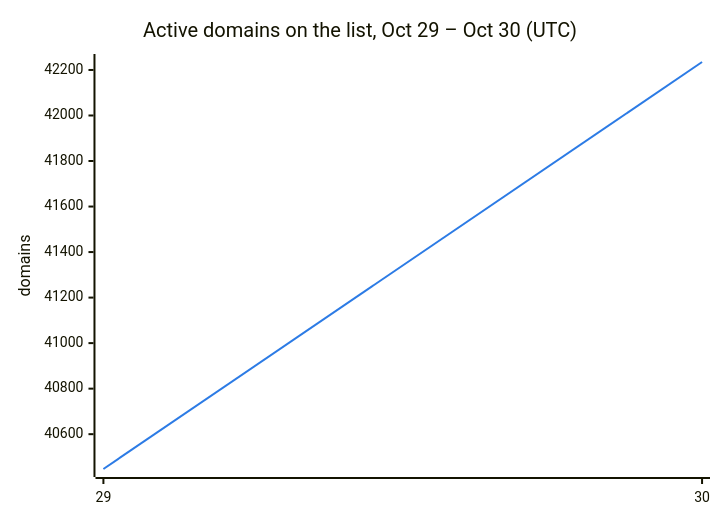
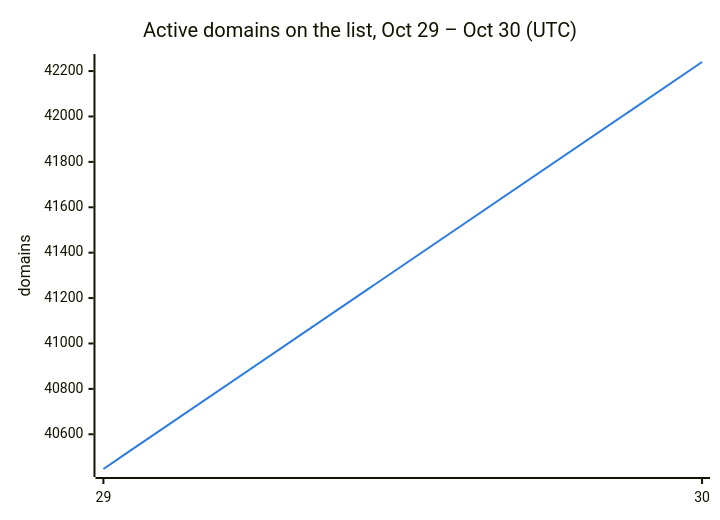
Before and after one commit to DNSBunker/CTI: the second of 3 diagrams in README.md, drawn with Mermaid. The commit also changed other lines of this file and 3 other files, not shown here.

````diff
--- a/README.md
+++ b/README.md
@@ -38,8 +38,8 @@
 ```mermaid
 %%{init: {"themeVariables": {"xyChart": {"plotColorPalette": "#2c7be5"}}}}%%
 xychart-beta
     title "Active domains on the list, Oct 29 – Oct 30 (UTC)"
     x-axis ["29", "30"]
     y-axis "domains"
-    line [40447, 42235]
+    line [40447, 42240]
 ```
````
